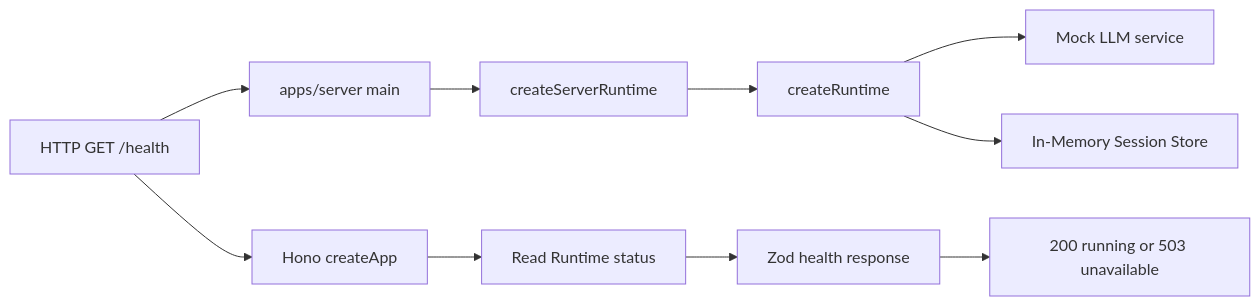
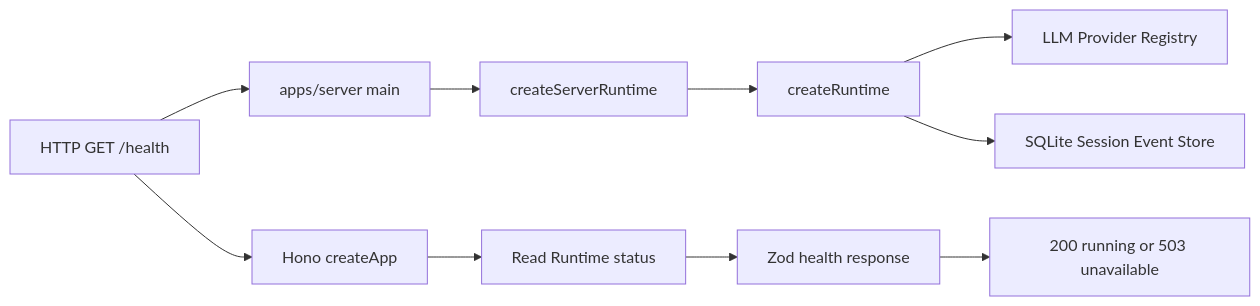
Before and after one commit to GitHubxxx17/Weave: the first of 5 diagrams in docs/architecture/foundation.md, drawn with Mermaid. The commit also changed other lines of this file and 2 other files, not shown here.

````diff
--- a/docs/architecture/foundation.md
+++ b/docs/architecture/foundation.md
@@ -15,12 +15,12 @@
 ```mermaid
 flowchart LR
     A[HTTP GET /health] --> B[apps/server main]
     B --> C[createServerRuntime]
     C --> D[createRuntime]
-    D --> E[Mock LLM service]
-    D --> F[In-Memory Session Store]
+    D --> E[LLM Provider Registry]
+    D --> F[SQLite Session Event Store]
     A --> G[Hono createApp]
     G --> H[Read Runtime status]
     H --> I[Zod health response]
     I --> J[200 running or 503 unavailable]
 ```
````
